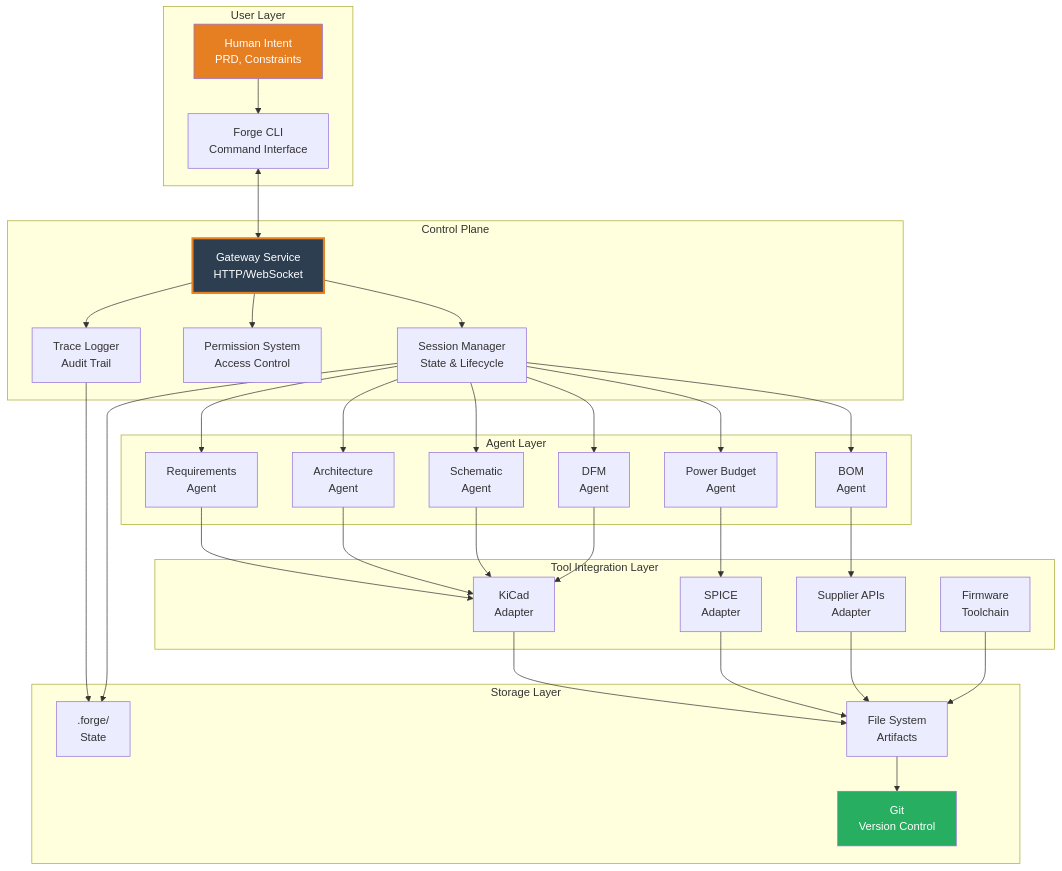
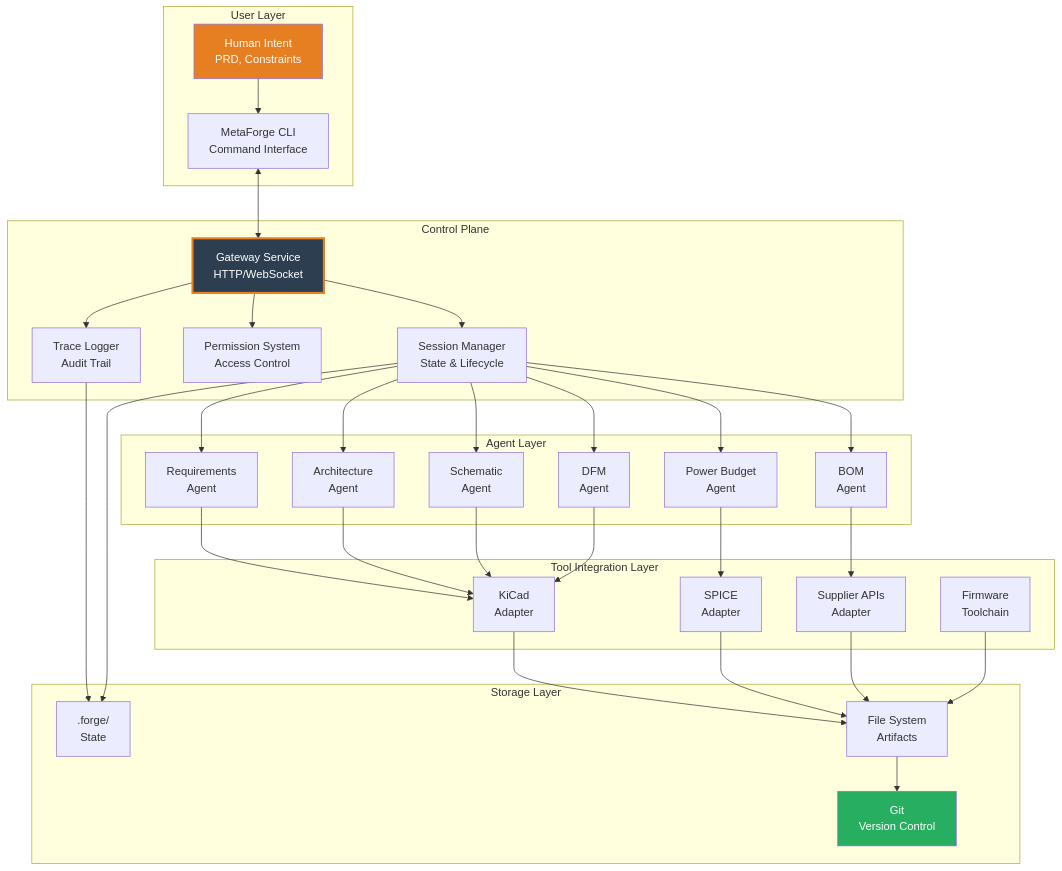
The first of 20 diagrams in docs/architecture.md (FidelOdok/MetaForge-Planner), drawn with Mermaid before and after one commit. The commit also changed other lines of this file and 25 other files, not shown here.

First line of the commit message:
refactor: rename project from Forge to MetaForge

````diff
--- a/docs/architecture.md
+++ b/docs/architecture.md
@@ -18,69 +18,69 @@
 ```mermaid
 graph TB
     subgraph "User Layer"
         A[Human Intent<br/>PRD, Constraints]
-        B[Forge CLI<br/>Command Interface]
+        B[MetaForge CLI<br/>Command Interface]
     end
 
     subgraph "Control Plane"
         C[Gateway Service<br/>HTTP/WebSocket]
         D[Session Manager<br/>State & Lifecycle]
         E[Permission System<br/>Access Control]
         F[Trace Logger<br/>Audit Trail]
     end
 
     subgraph "Agent Layer"
         G1[Requirements<br/>Agent]
         G2[Architecture<br/>Agent]
         G3[Power Budget<br/>Agent]
         G4[Schematic<br/>Agent]
         G5[BOM<br/>Agent]
         G6[DFM<br/>Agent]
     end
 
     subgraph "Tool Integration Layer"
         H1[KiCad<br/>Adapter]
         H2[SPICE<br/>Adapter]
         H3[Supplier APIs<br/>Adapter]
         H4[Firmware<br/>Toolchain]
     end
 
     subgraph "Storage Layer"
         I1[.forge/<br/>State]
         I2[Git<br/>Version Control]
         I3[File System<br/>Artifacts]
     end
 
     A --> B
     B <--> C
     C --> D
     C --> E
     C --> F
 
     D --> G1
     D --> G2
     D --> G3
     D --> G4
     D --> G5
     D --> G6
 
     G1 --> H1
     G2 --> H1
     G3 --> H2
     G4 --> H1
     G5 --> H3
     G6 --> H1
 
     F --> I1
     D --> I1
     H1 --> I3
     H2 --> I3
     H3 --> I3
     H4 --> I3
 
     I3 --> I2
 
     style C fill:#2C3E50,color:#fff,stroke:#E67E22,stroke-width:3px
     style A fill:#E67E22,color:#fff
     style I2 fill:#27ae60,color:#fff
 ```
````
